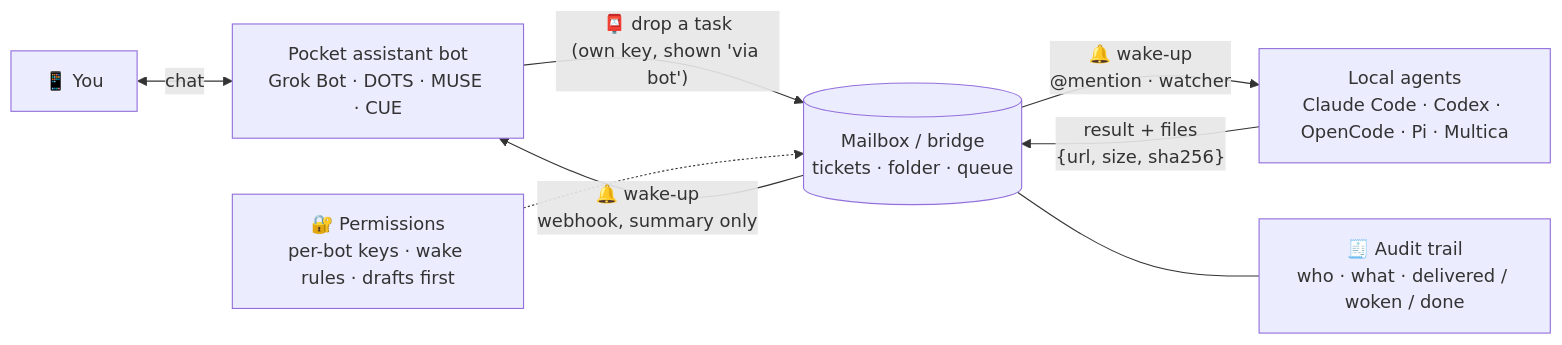
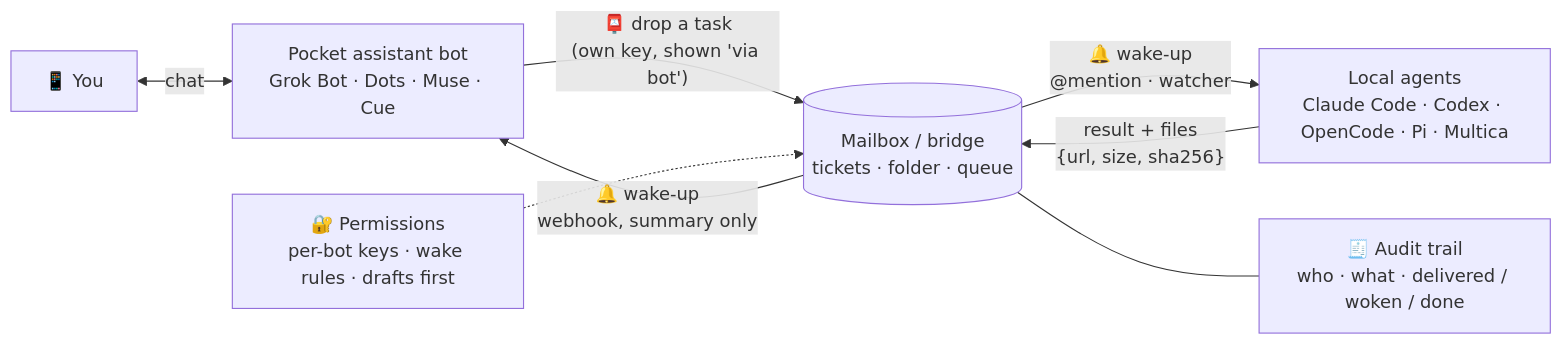
One commit to kkunkunya/virtual-bot-connect changed the diagram in README.md. Above: the diagram before and after it, drawn with Mermaid. The commit also changed other lines of this file and 7 other files, not shown here.

Commit message:
Use official bot names: Dots, Muse, Cue

````diff
--- a/README.md
+++ b/README.md
@@ -63,10 +63,10 @@
 ```mermaid
 flowchart LR
-  You["📱 You"] <-->|chat| Bot["Pocket assistant bot<br/>Grok Bot · DOTS · MUSE · CUE"]
+  You["📱 You"] <-->|chat| Bot["Pocket assistant bot<br/>Grok Bot · Dots · Muse · Cue"]
   Bot -->|"📮 drop a task<br/>(own key, shown 'via bot')"| Box[("Mailbox / bridge<br/>tickets · folder · queue")]
   Box -->|"🔔 wake-up<br/>@mention · watcher"| Agents["Local agents<br/>Claude Code · Codex · OpenCode · Pi · Multica"]
   Agents -->|"result + files<br/>{url, size, sha256}"| Box
   Box -->|"🔔 wake-up<br/>webhook, summary only"| Bot
   Box --- Log["🧾 Audit trail<br/>who · what · delivered / woken / done"]
   Rules["🔐 Permissions<br/>per-bot keys · wake rules · drafts first"] -.-> Box
 ```
````
